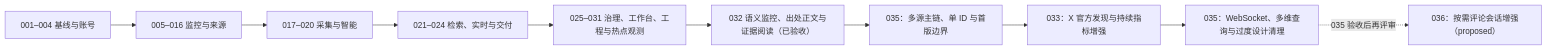
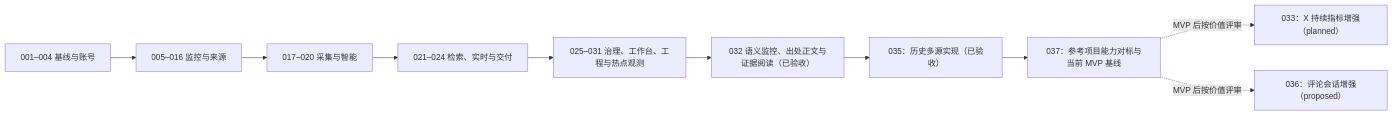
One commit to StephenQiu30/Ripplesight changed the diagram in docs/README.md. Above: the diagram before and after it, drawn with Mermaid. The commit also changed other lines of this file and 9 other files, not shown here.

````diff
--- a/docs/README.md
+++ b/docs/README.md
@@ -71,12 +72,12 @@
 ```mermaid
 flowchart LR
   A["001–004 基线与账号"] --> B["005–016 监控与来源"]
   B --> C["017–020 采集与智能"]
   C --> D["021–024 检索、实时与交付"]
   D --> E["025–031 治理、工作台、工程与热点观测"]
   E --> F["032 语义监控、出处正文与证据阅读（已验收）"]
-  F --> G["035：多源主链、单 ID 与首版边界"]
-  G --> H["033：X 官方发现与持续指标增强"]
-  H --> I["035：WebSocket、多维查询与过度设计清理"]
-  I -. "035 验收后再评审" .-> J["036：按需评论会话增强（proposed）"]
+  F --> G["035：历史多源实现（已验收）"]
+  G --> H["037：参考项目能力对标与当前 MVP 基线"]
+  H -. "MVP 后按价值评审" .-> I["033：X 持续指标增强（planned）"]
+  H -. "MVP 后按价值评审" .-> J["036：评论会话增强（proposed）"]
 ```
````
